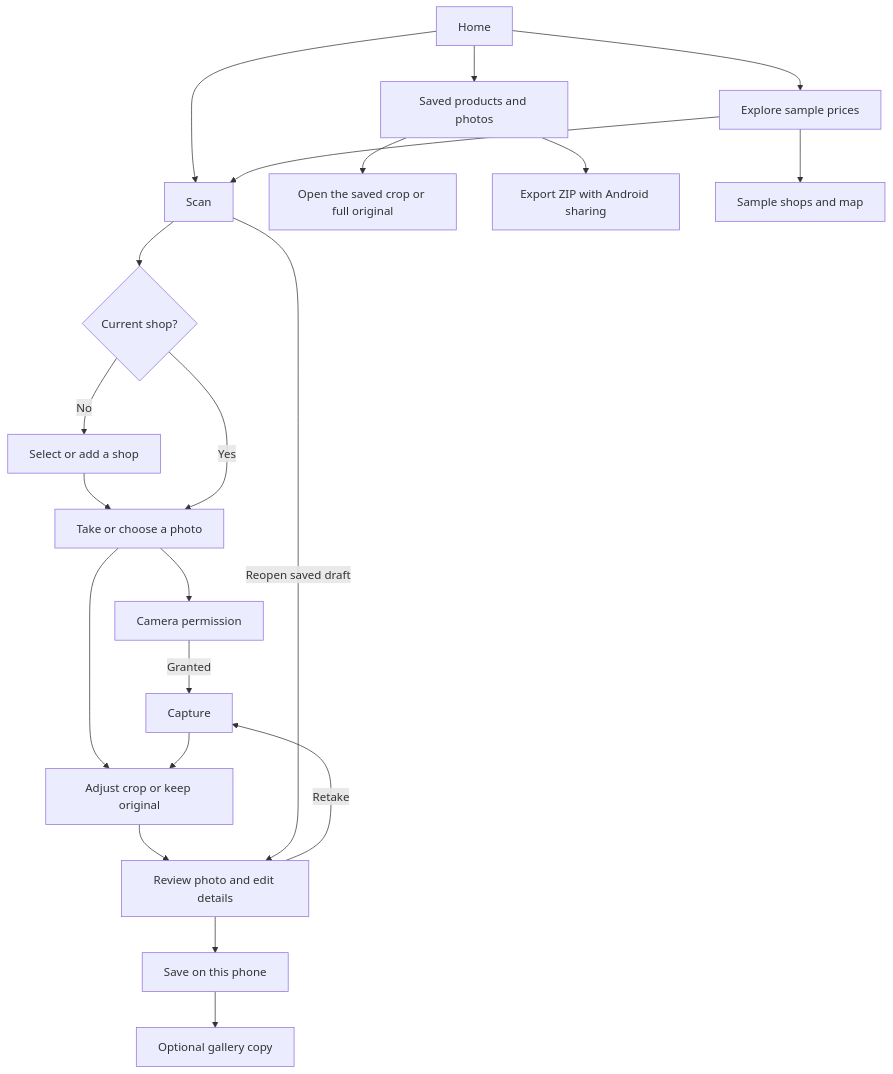
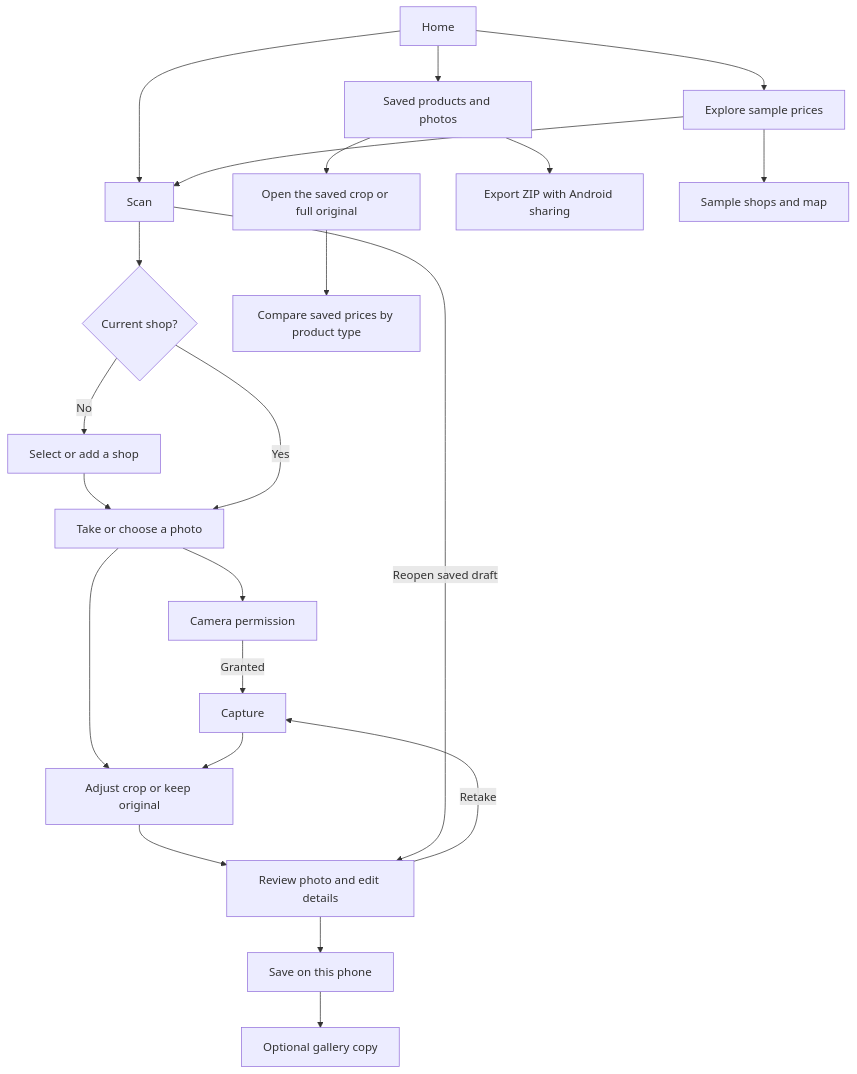
The diagram in docs/app-map.md (Maratatasan/cheapo-app), drawn with Mermaid before and after one commit. The commit also changed other lines of this file and 9 other files, not shown here.

Commit message:
Compare saved shop prices by product type, variety, and brand

````diff
--- a/docs/app-map.md
+++ b/docs/app-map.md
@@ -8,23 +8,24 @@
 ```mermaid
 flowchart TD
     Home --> Scan
     Scan --> CurrentShop{"Current shop?"}
     CurrentShop -->|No| ChooseShop["Select or add a shop"]
     ChooseShop --> Source["Take or choose a photo"]
     CurrentShop -->|Yes| Source
     Source --> Permission["Camera permission"]
     Source --> Crop
     Permission -->|Granted| Capture
     Capture --> Crop["Adjust crop or keep original"]
     Crop --> Review["Review photo and edit details"]
     Review -->|Retake| Capture
     Review --> Save["Save on this phone"]
     Save --> Gallery["Optional gallery copy"]
     Home --> Saved["Saved products and photos"]
     Saved --> SavedPhoto["Open the saved crop or full original"]
+    SavedPhoto --> Compare["Compare saved prices by product type"]
     Saved --> Export["Export ZIP with Android sharing"]
     Scan -->|Reopen saved draft| Review
     Home --> Results["Explore sample prices"]
     Results --> Shops["Sample shops and map"]
     Results --> Scan
 ```
````
